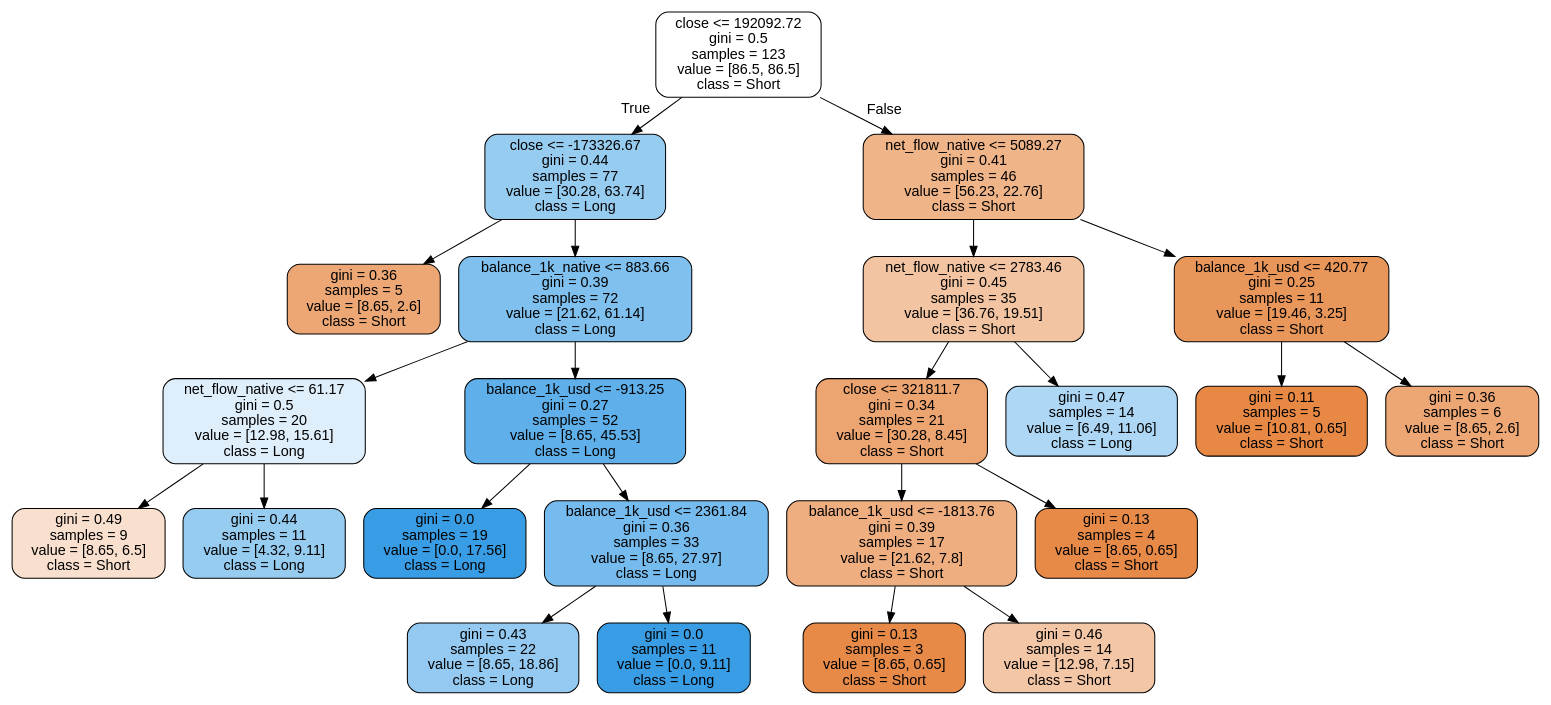
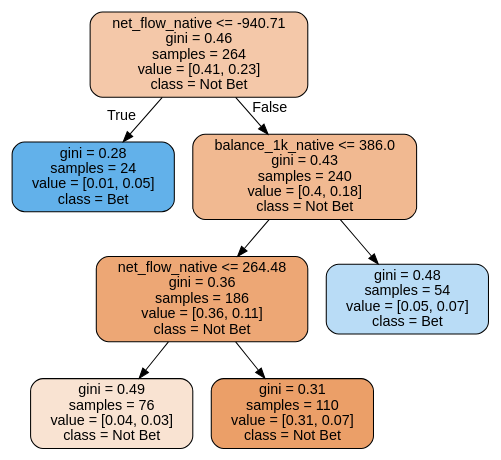
The diagram in plots/BTC/balance/tree/rf_7.dot (Ericclck/FinancialModeling), drawn with Graphviz before and after one commit. The commit also changed 29 other files, not shown here.

```diff
--- a/plots/BTC/balance/tree/rf_7.dot
+++ b/plots/BTC/balance/tree/rf_7.dot
@@ -1,49 +1,17 @@
 digraph Tree {
 node [shape=box, style="filled, rounded", color="black", fontname="helvetica"] ;
 edge [fontname="helvetica"] ;
-0 [label="close <= 192092.72\ngini = 0.5\nsamples = 123\nvalue = [86.5, 86.5]\nclass = Short", fillcolor="#ffffff"] ;
-1 [label="close <= -173326.67\ngini = 0.44\nsamples = 77\nvalue = [30.28, 63.74]\nclass = Long", fillcolor="#97ccf1"] ;
+0 [label="net_flow_native <= -940.71\ngini = 0.46\nsamples = 264\nvalue = [0.41, 0.23]\nclass = Not Bet", fillcolor="#f4c8a9"] ;
+1 [label="gini = 0.28\nsamples = 24\nvalue = [0.01, 0.05]\nclass = Bet", fillcolor="#62b1ea"] ;
 0 -> 1 [labeldistance=2.5, labelangle=45, headlabel="True"] ;
-2 [label="gini = 0.36\nsamples = 5\nvalue = [8.65, 2.6]\nclass = Short", fillcolor="#eda775"] ;
-1 -> 2 ;
-3 [label="balance_1k_native <= 883.66\ngini = 0.39\nsamples = 72\nvalue = [21.62, 61.14]\nclass = Long", fillcolor="#7fc0ee"] ;
-1 -> 3 ;
-4 [label="net_flow_native <= 61.17\ngini = 0.5\nsamples = 20\nvalue = [12.98, 15.61]\nclass = Long", fillcolor="#deeefb"] ;
+2 [label="balance_1k_native <= 386.0\ngini = 0.43\nsamples = 240\nvalue = [0.4, 0.18]\nclass = Not Bet", fillcolor="#f1b991"] ;
+0 -> 2 [labeldistance=2.5, labelangle=-45, headlabel="False"] ;
+3 [label="net_flow_native <= 264.48\ngini = 0.36\nsamples = 186\nvalue = [0.36, 0.11]\nclass = Not Bet", fillcolor="#eda775"] ;
+2 -> 3 ;
+4 [label="gini = 0.49\nsamples = 76\nvalue = [0.04, 0.03]\nclass = Not Bet", fillcolor="#f9e3d2"] ;
 3 -> 4 ;
-5 [label="gini = 0.49\nsamples = 9\nvalue = [8.65, 6.5]\nclass = Short", fillcolor="#f9e0ce"] ;
-4 -> 5 ;
-6 [label="gini = 0.44\nsamples = 11\nvalue = [4.32, 9.11]\nclass = Long", fillcolor="#97ccf1"] ;
-4 -> 6 ;
-7 [label="balance_1k_usd <= -913.25\ngini = 0.27\nsamples = 52\nvalue = [8.65, 45.53]\nclass = Long", fillcolor="#5fb0ea"] ;
-3 -> 7 ;
-8 [label="gini = 0.0\nsamples = 19\nvalue = [0.0, 17.56]\nclass = Long", fillcolor="#399de5"] ;
-7 -> 8 ;
-9 [label="balance_1k_usd <= 2361.84\ngini = 0.36\nsamples = 33\nvalue = [8.65, 27.97]\nclass = Long", fillcolor="#76bbed"] ;
-7 -> 9 ;
-10 [label="gini = 0.43\nsamples = 22\nvalue = [8.65, 18.86]\nclass = Long", fillcolor="#94caf1"] ;
-9 -> 10 ;
-11 [label="gini = 0.0\nsamples = 11\nvalue = [0.0, 9.11]\nclass = Long", fillcolor="#399de5"] ;
-9 -> 11 ;
-12 [label="net_flow_native <= 5089.27\ngini = 0.41\nsamples = 46\nvalue = [56.23, 22.76]\nclass = Short", fillcolor="#f0b489"] ;
-0 -> 12 [labeldistance=2.5, labelangle=-45, headlabel="False"] ;
-13 [label="net_flow_native <= 2783.46\ngini = 0.45\nsamples = 35\nvalue = [36.76, 19.51]\nclass = Short", fillcolor="#f3c4a2"] ;
-12 -> 13 ;
-14 [label="close <= 321811.7\ngini = 0.34\nsamples = 21\nvalue = [30.28, 8.45]\nclass = Short", fillcolor="#eca470"] ;
-13 -> 14 ;
-15 [label="balance_1k_usd <= -1813.76\ngini = 0.39\nsamples = 17\nvalue = [21.62, 7.8]\nclass = Short", fillcolor="#eeae80"] ;
-14 -> 15 ;
-16 [label="gini = 0.13\nsamples = 3\nvalue = [8.65, 0.65]\nclass = Short", fillcolor="#e78a48"] ;
-15 -> 16 ;
-17 [label="gini = 0.46\nsamples = 14\nvalue = [12.98, 7.15]\nclass = Short", fillcolor="#f3c6a6"] ;
-15 -> 17 ;
-18 [label="gini = 0.13\nsamples = 4\nvalue = [8.65, 0.65]\nclass = Short", fillcolor="#e78a48"] ;
-14 -> 18 ;
-19 [label="gini = 0.47\nsamples = 14\nvalue = [6.49, 11.06]\nclass = Long", fillcolor="#add7f4"] ;
-13 -> 19 ;
-20 [label="balance_1k_usd <= 420.77\ngini = 0.25\nsamples = 11\nvalue = [19.46, 3.25]\nclass = Short", fillcolor="#e9965a"] ;
-12 -> 20 ;
-21 [label="gini = 0.11\nsamples = 5\nvalue = [10.81, 0.65]\nclass = Short", fillcolor="#e78945"] ;
-20 -> 21 ;
-22 [label="gini = 0.36\nsamples = 6\nvalue = [8.65, 2.6]\nclass = Short", fillcolor="#eda775"] ;
-20 -> 22 ;
+5 [label="gini = 0.31\nsamples = 110\nvalue = [0.31, 0.07]\nclass = Not Bet", fillcolor="#eb9f68"] ;
+3 -> 5 ;
+6 [label="gini = 0.48\nsamples = 54\nvalue = [0.05, 0.07]\nclass = Bet", fillcolor="#b9dcf6"] ;
+2 -> 6 ;
 }
```
